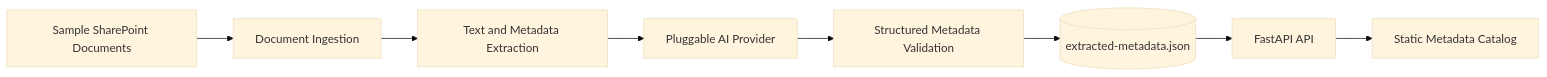
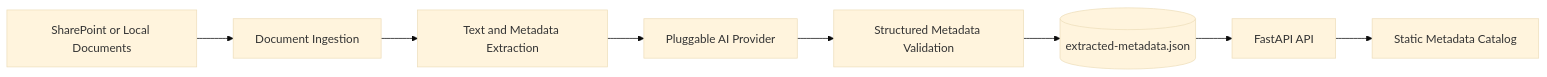
One commit to mkabukcu7/sharepoint-foundry changed the diagram in docs/architecture.md. Above: the diagram before and after it, drawn with Mermaid (base theme). The commit also changed other lines of this file and 21 other files, not shown here.

````diff
--- a/docs/architecture.md
+++ b/docs/architecture.md
@@ -9,10 +9,10 @@
 ```mermaid
 flowchart LR
-    A[Sample SharePoint Documents] --> B[Document Ingestion]
+    A[SharePoint or Local Documents] --> B[Document Ingestion]
     B --> C[Text and Metadata Extraction]
     C --> D[Pluggable AI Provider]
     D --> E[Structured Metadata Validation]
     E --> F[(extracted-metadata.json)]
     F --> G[FastAPI API]
     G --> H[Static Metadata Catalog]
 ```
````
